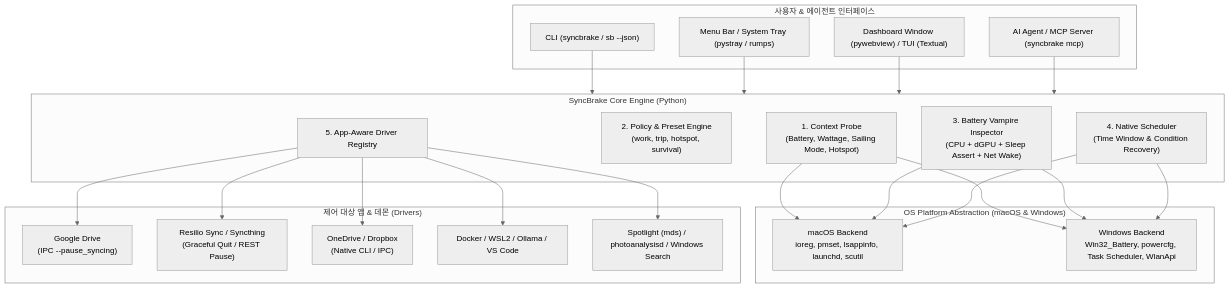
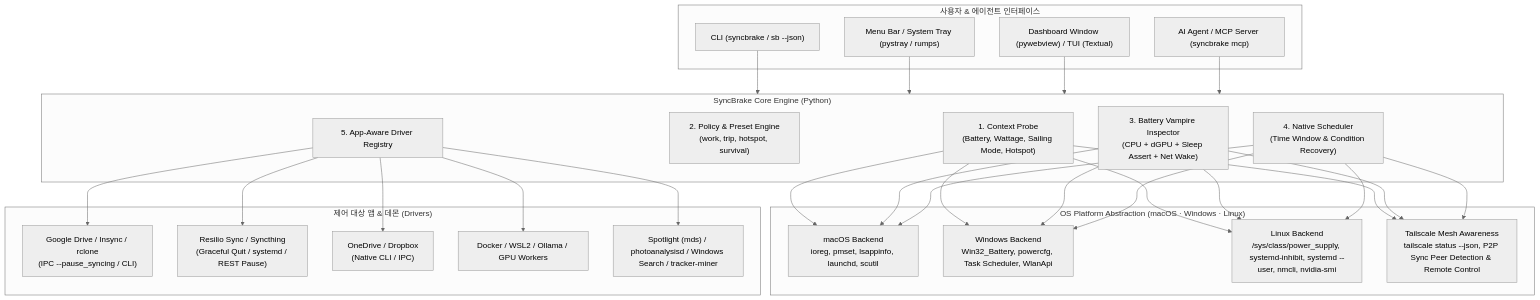
The diagram in DESIGN.md (z0nam/syncbrake), drawn with Mermaid (neutral theme) before and after one commit. The commit also changed other lines of this file and 1 other file, not shown here.

Commit message:
docs: add Linux backend and Tailscale tailnet fleet integration to design spec

````diff
--- a/DESIGN.md
+++ b/DESIGN.md
@@ -45,34 +46,36 @@
 ```mermaid
 flowchart TD
     subgraph Interfaces["사용자 & 에이전트 인터페이스"]
         CLI["CLI (syncbrake / sb --json)"]
         TRAY["Menu Bar / System Tray (pystray / rumps)"]
         WIN["Dashboard Window (pywebview) / TUI (Textual)"]
         MCP["AI Agent / MCP Server (syncbrake mcp)"]
     end
 
     subgraph Core["SyncBrake Core Engine (Python)"]
         PROBE["1. Context Probe\n(Battery, Wattage, Sailing Mode, Hotspot)"]
         PRESET["2. Policy & Preset Engine\n(work, trip, hotspot, survival)"]
         INSPECT["3. Battery Vampire Inspector\n(CPU + dGPU + Sleep Assert + Net Wake)"]
         SCHED["4. Native Scheduler\n(Time Window & Condition Recovery)"]
         DRV["5. App-Aware Driver Registry"]
     end
 
-    subgraph OS_Backends["OS Platform Abstraction (macOS & Windows)"]
+    subgraph OS_Backends["OS Platform Abstraction (macOS · Windows · Linux)"]
         MAC["macOS Backend\nioreg, pmset, lsappinfo, launchd, scutil"]
         WINOS["Windows Backend\nWin32_Battery, powercfg, Task Scheduler, WlanApi"]
+        LINUX["Linux Backend\n/sys/class/power_supply, systemd-inhibit, systemd --user, nmcli, nvidia-smi"]
+        TS["Tailscale Mesh Awareness\ntailscale status --json, P2P Sync Peer Detection & Remote Control"]
     end
 
     subgraph Target_Apps["제어 대상 앱 & 데몬 (Drivers)"]
-        GD["Google Drive\n(IPC --pause_syncing)"]
-        RS["Resilio Sync / Syncthing\n(Graceful Quit / REST Pause)"]
+        GD["Google Drive / Insync / rclone\n(IPC --pause_syncing / CLI)"]
+        RS["Resilio Sync / Syncthing\n(Graceful Quit / systemd / REST Pause)"]
         OD["OneDrive / Dropbox\n(Native CLI / IPC)"]
-        DEV["Docker / WSL2 / Ollama / VS Code"]
-        SYS["Spotlight (mds) / photoanalysisd / Windows Search"]
+        DEV["Docker / WSL2 / Ollama / GPU Workers"]
+        SYS["Spotlight (mds) / photoanalysisd / Windows Search / tracker-miner"]
     end
 
     CLI & TRAY & WIN & MCP --> Core
-    PROBE & INSPECT & SCHED --> MAC & WINOS
+    PROBE & INSPECT & SCHED --> MAC & WINOS & LINUX & TS
     DRV --> GD & RS & OD & DEV & SYS
 ```
````
